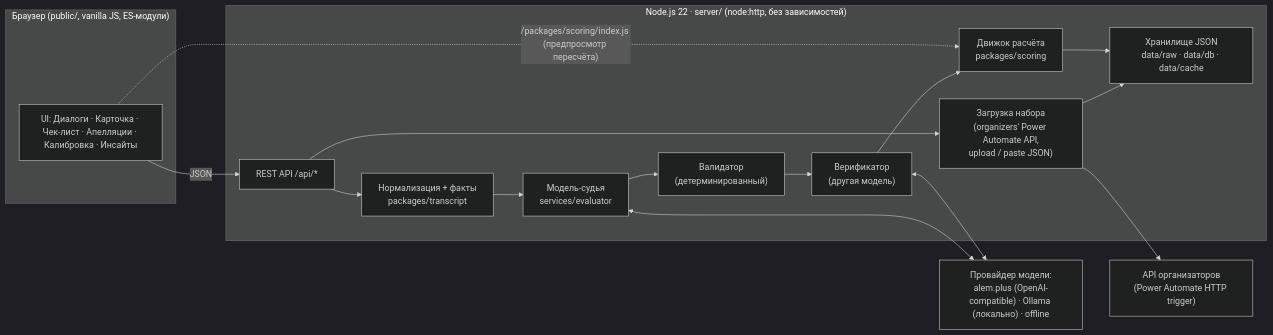
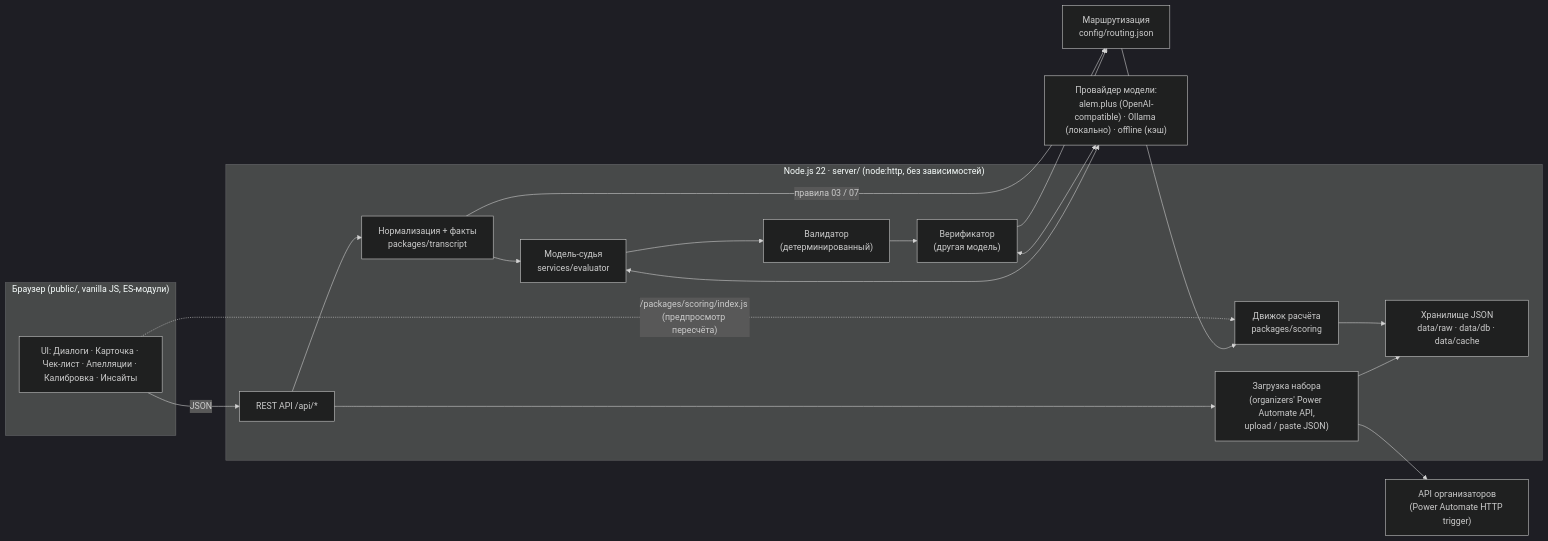
One commit to advertising20240-hiii/Revengers-Data-Challenge changed the first of 2 diagrams in docs/ARCHITECTURE.md. Above: the diagram before and after it, drawn with Mermaid (dark theme). The commit also changed other lines of this file and 16 other files, not shown here.

````diff
--- a/docs/ARCHITECTURE.md
+++ b/docs/ARCHITECTURE.md
@@ -7,26 +7,28 @@
 ```mermaid
 flowchart LR
   subgraph Browser["Браузер (public/, vanilla JS, ES-модули)"]
     UI["UI: Диалоги · Карточка · Чек-лист · Апелляции · Калибровка · Инсайты"]
   end
   subgraph Server["Node.js 22 · server/ (node:http, без зависимостей)"]
     API["REST API /api/*"]
     Fetch["Загрузка набора<br/>(organizers' Power Automate API,<br/>upload / paste JSON)"]
     Norm["Нормализация + факты<br/>packages/transcript"]
     Judge["Модель-судья<br/>services/evaluator"]
     Val["Валидатор<br/>(детерминированный)"]
     Ver["Верификатор<br/>(другая модель)"]
     Score["Движок расчёта<br/>packages/scoring"]
     Store["Хранилище JSON<br/>data/raw · data/db · data/cache"]
   end
   Ext["API организаторов<br/>(Power Automate HTTP trigger)"]
-  LLM["Провайдер модели:<br/>alem.plus (OpenAI-compatible) · Ollama (локально) · offline"]
+  LLM["Провайдер модели:<br/>alem.plus (OpenAI-compatible) · Ollama (локально) · offline (кэш)"]
 
   UI -- JSON --> API
   API --> Fetch --> Ext
   Fetch --> Store
-  API --> Norm --> Judge --> Val --> Ver --> Score --> Store
+  Route["Маршрутизация<br/>config/routing.json"]
+  API --> Norm --> Judge --> Val --> Ver --> Route --> Score --> Store
+  Norm -- "правила 03 / 07" --> Route
   Judge <--> LLM
   Ver <--> LLM
   UI -. "/packages/scoring/index.js (предпросмотр пересчёта)" .-> Score
 ```
````
